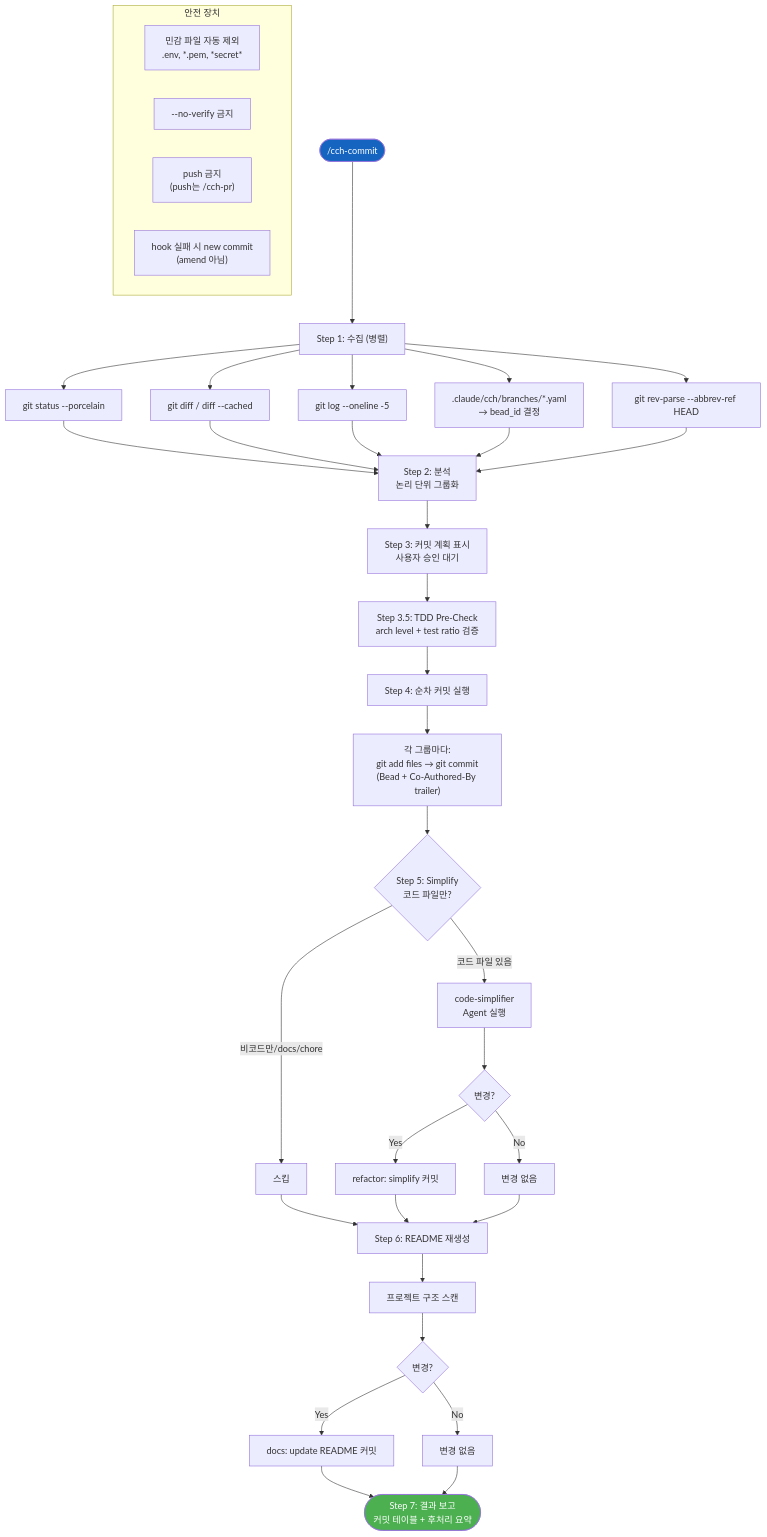
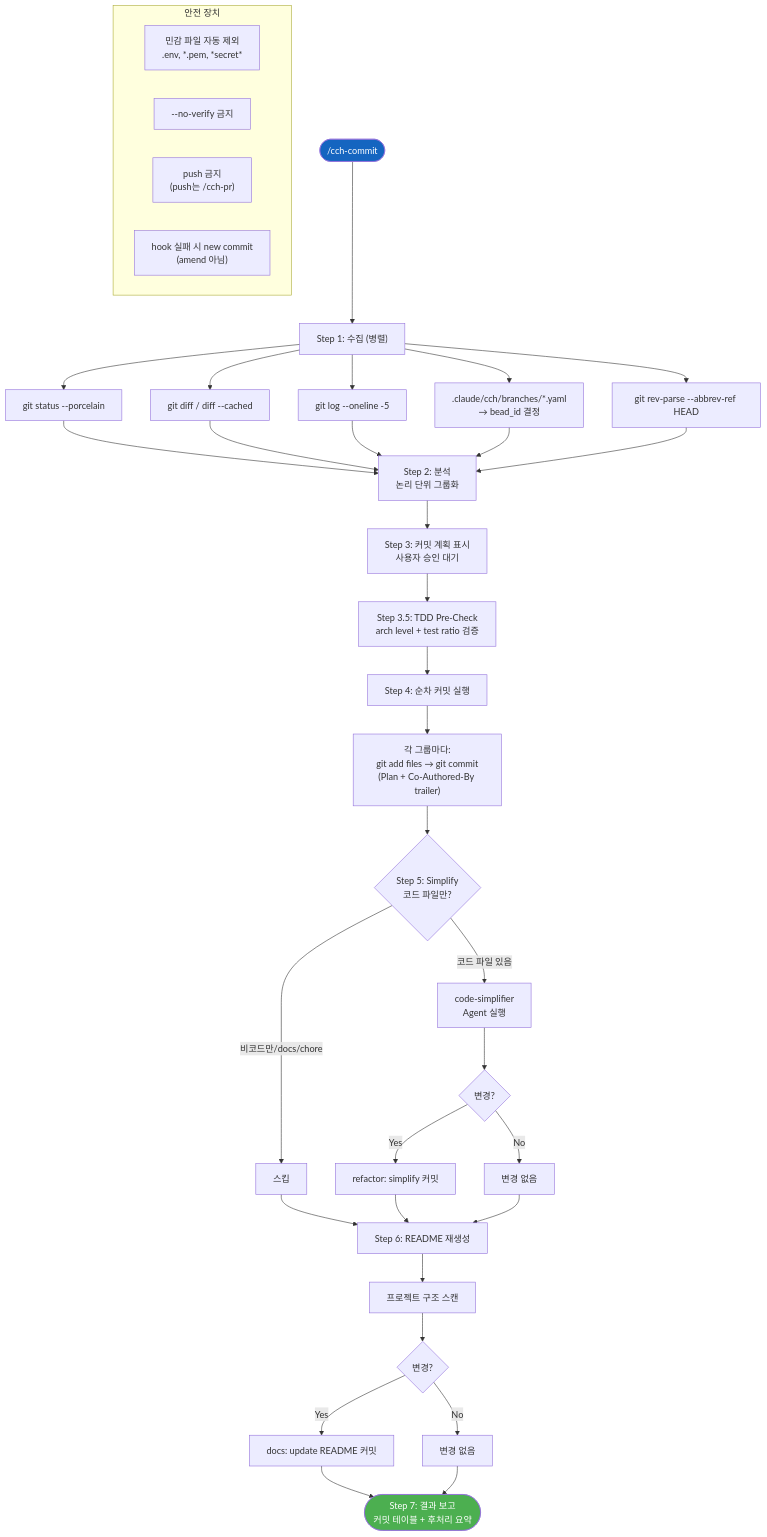
The eighth of 17 diagrams in docs/diagrams/cch-workflows.md (skdkfk8758/claude-code-harness), drawn with Mermaid before and after one commit. The commit also changed other lines of this file and 1 other file, not shown here.

First line of the commit message:
docs: update workflow diagrams for v3, archive plugin reference

````diff
--- a/docs/diagrams/cch-workflows.md
+++ b/docs/diagrams/cch-workflows.md
@@ -431,42 +381,42 @@
 ```mermaid
 flowchart TD
     START(["/cch-commit"]) --> COLLECT["Step 1: 수집 (병렬)"]
     COLLECT --> C1["git status --porcelain"]
     COLLECT --> C2["git diff / diff --cached"]
     COLLECT --> C3["git log --oneline -5"]
     COLLECT --> C4[".claude/cch/branches/*.yaml<br/>→ bead_id 결정"]
     COLLECT --> C5["git rev-parse --abbrev-ref HEAD"]
 
     C1 & C2 & C3 & C4 & C5 --> ANALYZE["Step 2: 분석<br/>논리 단위 그룹화"]
 
     ANALYZE --> CONFIRM["Step 3: 커밋 계획 표시<br/>사용자 승인 대기"]
     CONFIRM --> TDD["Step 3.5: TDD Pre-Check<br/>arch level + test ratio 검증"]
 
     TDD --> EXECUTE["Step 4: 순차 커밋 실행"]
-    EXECUTE --> LOOP["각 그룹마다:<br/>git add files → git commit<br/>(Bead + Co-Authored-By trailer)"]
+    EXECUTE --> LOOP["각 그룹마다:<br/>git add files → git commit<br/>(Plan + Co-Authored-By trailer)"]
 
     LOOP --> SIMPLIFY{"Step 5: Simplify<br/>코드 파일만?"}
     SIMPLIFY -->|"비코드만/docs/chore"| SKIP_S["스킵"]
     SIMPLIFY -->|"코드 파일 있음"| RUN_S["code-simplifier<br/>Agent 실행"]
     RUN_S --> S_RESULT{"변경?"}
     S_RESULT -->|Yes| S_COMMIT["refactor: simplify 커밋"]
     S_RESULT -->|No| S_NONE["변경 없음"]
 
     SKIP_S & S_COMMIT & S_NONE --> README["Step 6: README 재생성"]
     README --> R_SCAN["프로젝트 구조 스캔"]
     R_SCAN --> R_RESULT{"변경?"}
     R_RESULT -->|Yes| R_COMMIT["docs: update README 커밋"]
     R_RESULT -->|No| R_NONE["변경 없음"]
 
     R_COMMIT & R_NONE --> REPORT(["Step 7: 결과 보고<br/>커밋 테이블 + 후처리 요약"])
 
     subgraph Safety["안전 장치"]
         S_EXCL["민감 파일 자동 제외<br/>.env, *.pem, *secret*"]
         S_NOVER["--no-verify 금지"]
         S_NOPUSH["push 금지<br/>(push는 /cch-pr)"]
         S_NEWCOMMIT["hook 실패 시 new commit<br/>(amend 아님)"]
     end
 
     style START fill:#1565C0,color:white
     style REPORT fill:#4CAF50,color:white
 ```
````
